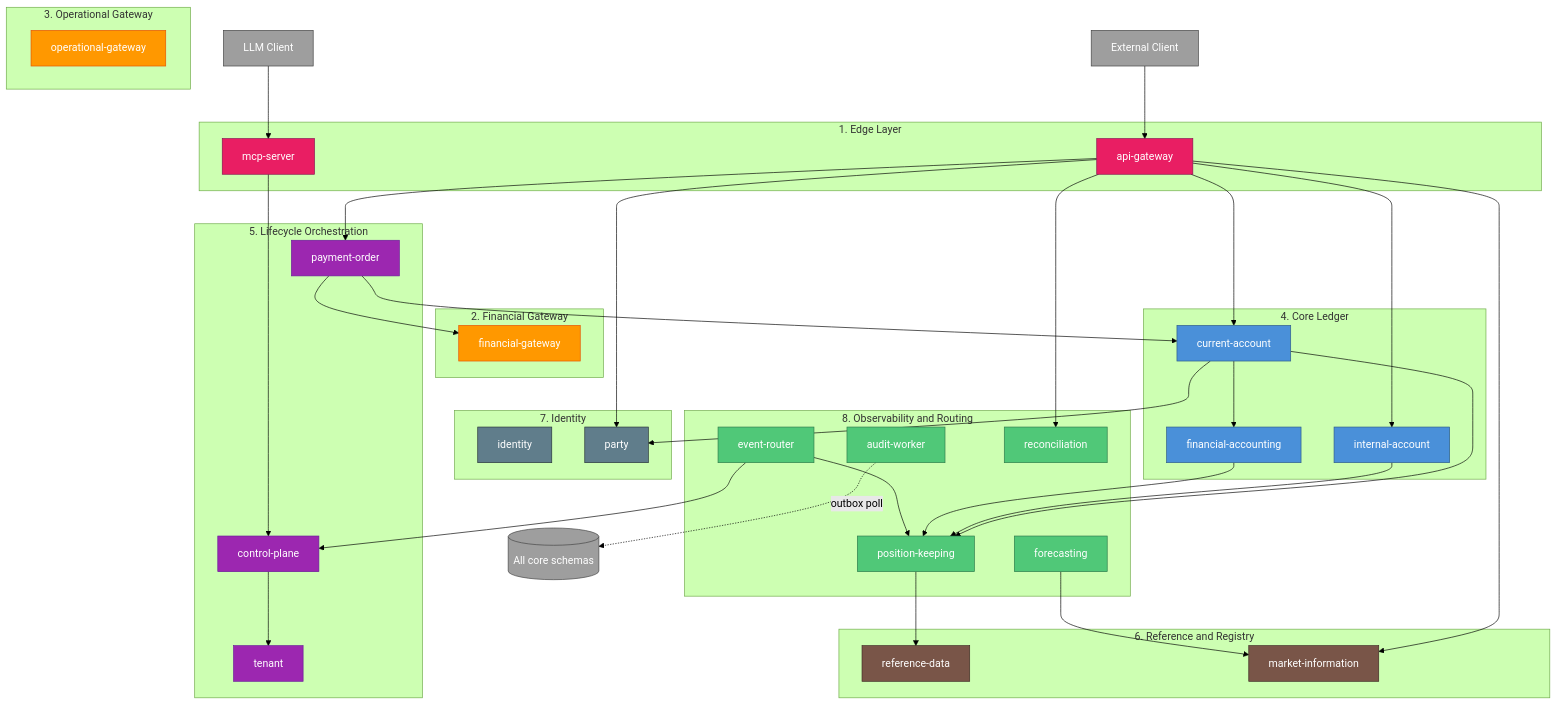
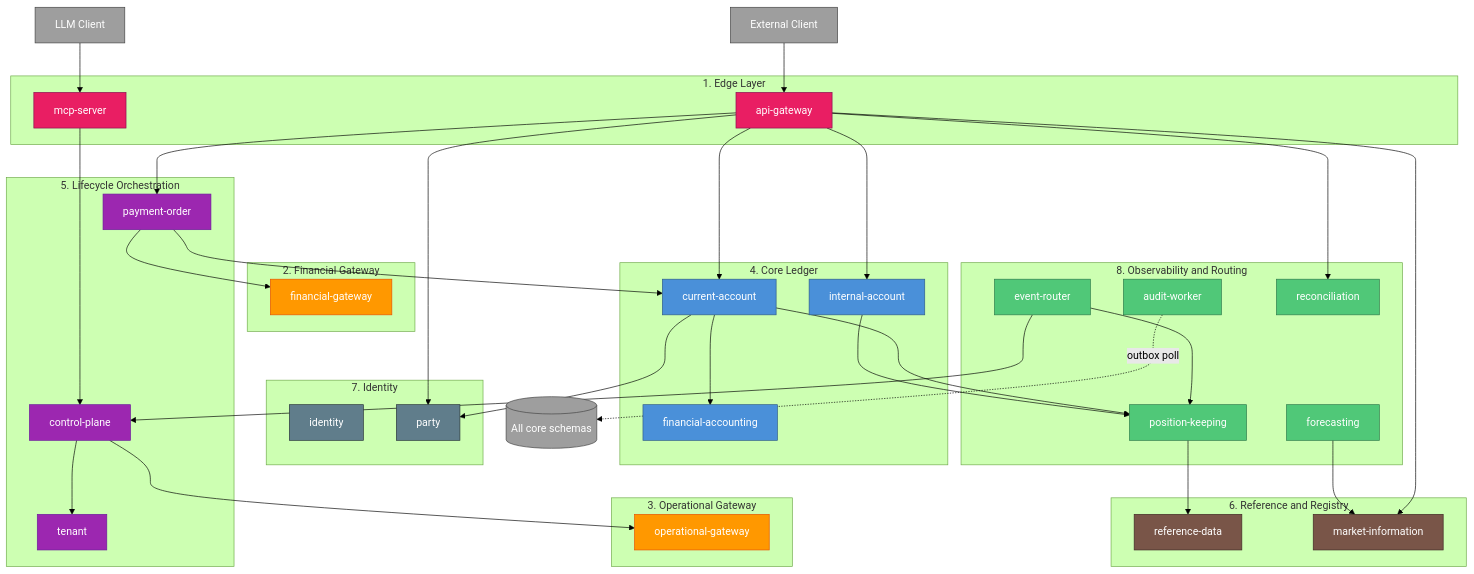
Before and after one commit to meridianhub/meridian: the diagram in docs/architecture-layers.md, drawn with Mermaid (forest theme). The commit also changed other lines of this file, not shown here.

First line of the commit message:
docs: Address review feedback on architecture-layers diagram and PK delegation

```diff
--- a/docs/architecture-layers.md
+++ b/docs/architecture-layers.md
@@ -83,12 +83,12 @@
     PO --> CA
     PO --> FGW
     CP --> TEN
+    CP --> OGW
 
     CA --> PARTY
     CA --> PK
     CA --> FA
     IBA --> PK
-    FA --> PK
 
     PK --> RD
     FC --> MI
```
